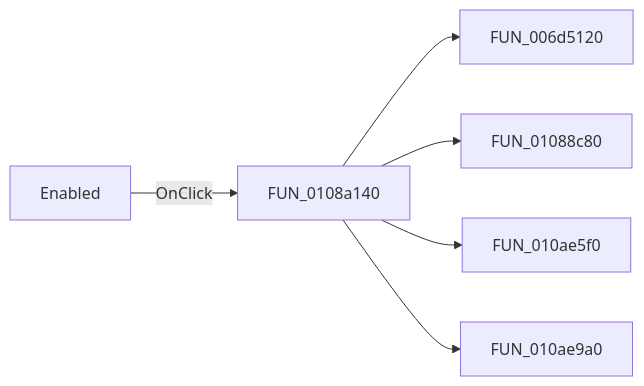
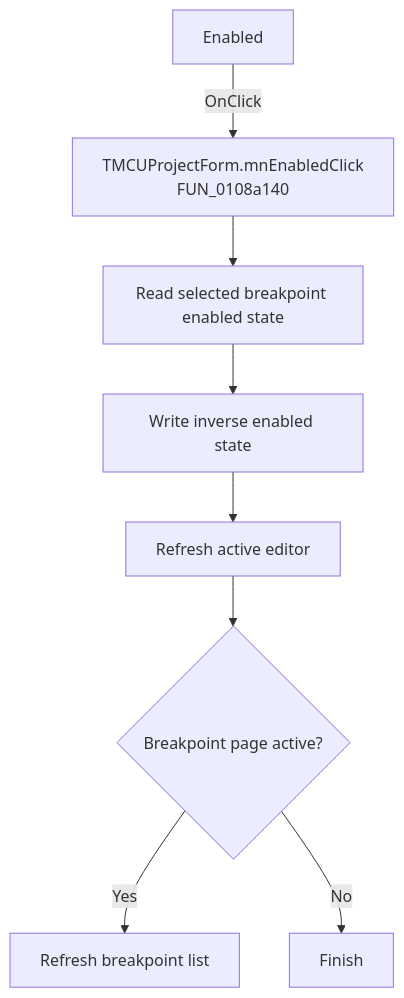
The diagram in docs/ui-controls/mcuprojectform/mnenabled-747d81572b.md (MovGP0/TIARA), drawn with Mermaid before and after one commit. The commit also changed other lines of this file and 1062 other files, not shown here.

````diff
--- a/docs/ui-controls/mcuprojectform/mnenabled-747d81572b.md
+++ b/docs/ui-controls/mcuprojectform/mnenabled-747d81572b.md
@@ -27,8 +27,10 @@
 ```mermaid
-flowchart LR
-    control["Enabled"] -->|OnClick| handler["FUN_0108a140"]
-    handler --> call1["FUN_006d5120"]
-    handler --> call2["FUN_01088c80"]
-    handler --> call3["FUN_010ae5f0"]
-    handler --> call4["FUN_010ae9a0"]
+flowchart TD
+    control["Enabled"] -->|OnClick| handler["TMCUProjectForm.mnEnabledClick<br/>FUN_0108a140"]
+    handler --> state["Read selected breakpoint enabled state"]
+    state --> toggle["Write inverse enabled state"]
+    toggle --> editor["Refresh active editor"]
+    editor --> page{"Breakpoint page active?"}
+    page -->|Yes| panel["Refresh breakpoint list"]
+    page -->|No| done["Finish"]
 ```
````
